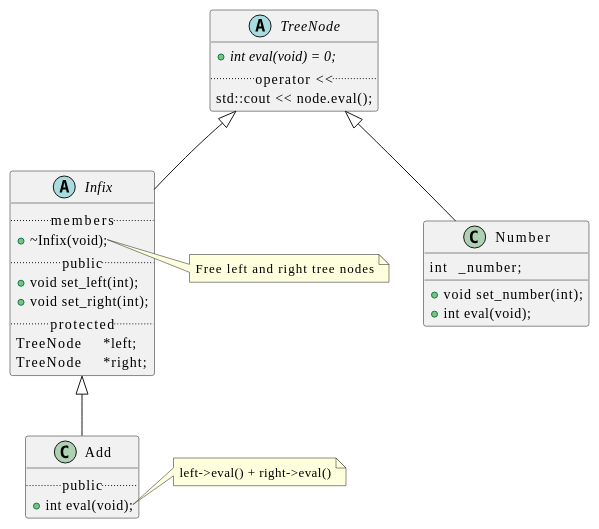
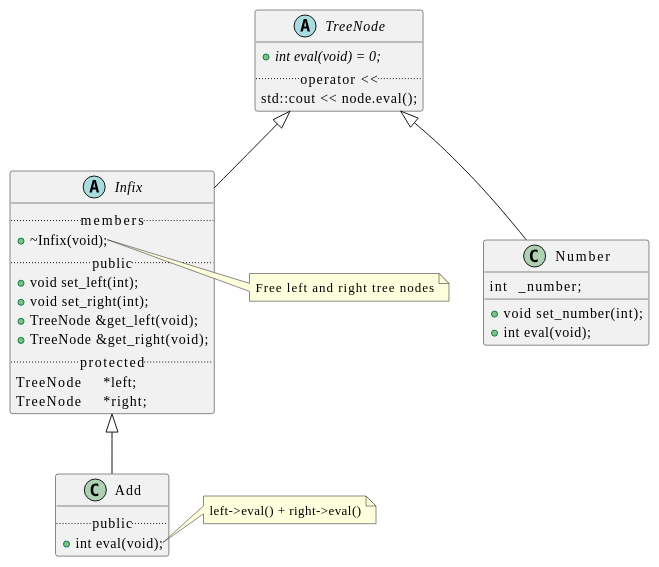
Before and after one commit to t-h2o/parsmath: diagram 12 of 12 in assets/README.adoc, drawn with PlantUML. The commit also changed 4 other files, not shown here.

```diff
--- a/assets/README.adoc
+++ b/assets/README.adoc
@@ -168,44 +168,46 @@
 [plantuml, target=program_class, format=svg, width=100%]
 ....
 @startuml
 skinparam defaultFontName JetBrains Mono
 
 abstract TreeNode {
   +{abstract} int eval(void) = 0;
   .. operator << ..
   std::cout << node.eval();
 }
 abstract Infix {
   .. members ..
   +~Infix(void);
   .. public ..
   +void set_left(int);
   +void set_right(int);
+  +TreeNode &get_left(void);
+  +TreeNode &get_right(void);
   .. protected ..
   TreeNode	*left;
   TreeNode	*right;
 }
 note right of Infix::~Infix
   Free left and right tree nodes
 end note
 
 class Add {
   .. public ..
   +int eval(void);
 }
 note right of Add::eval
   left->eval() + right->eval()
 end note
 
 class Number {
   int	_number;
   +void set_number(int);
   +int eval(void);
 }
 
 TreeNode <|-- Infix
 TreeNode <|-- Number
 Infix <|-- Add
 
 @enduml
 ....
```
